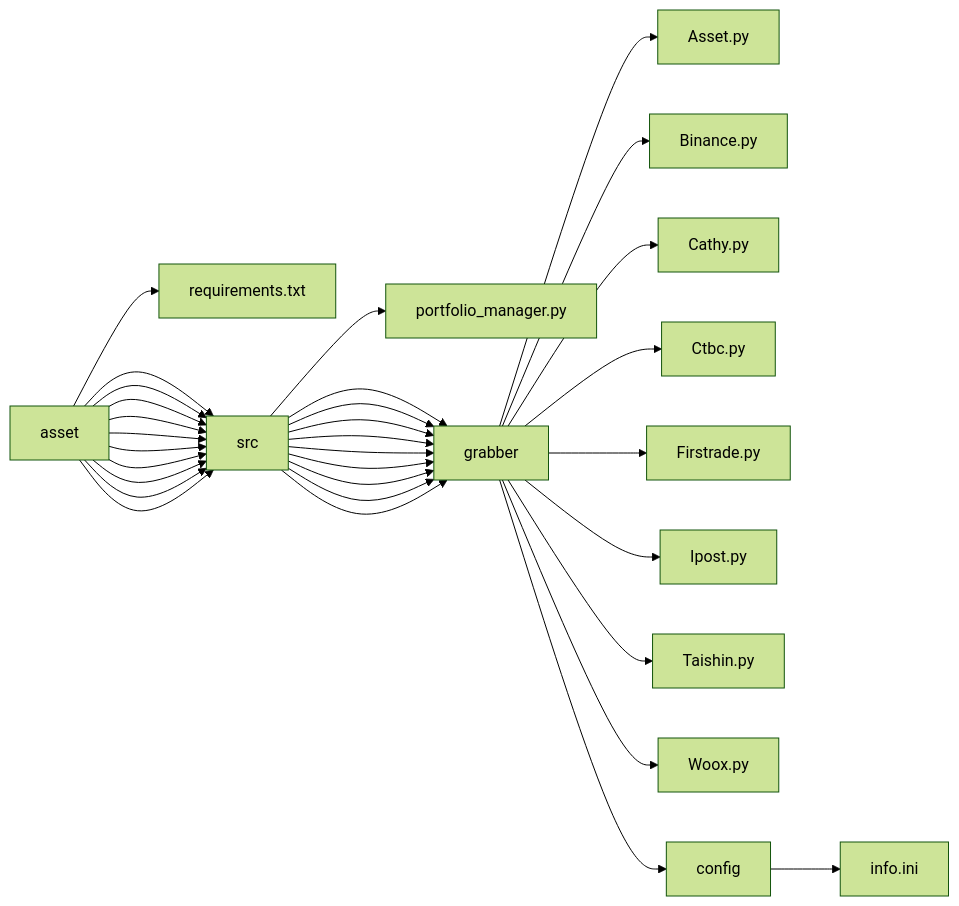
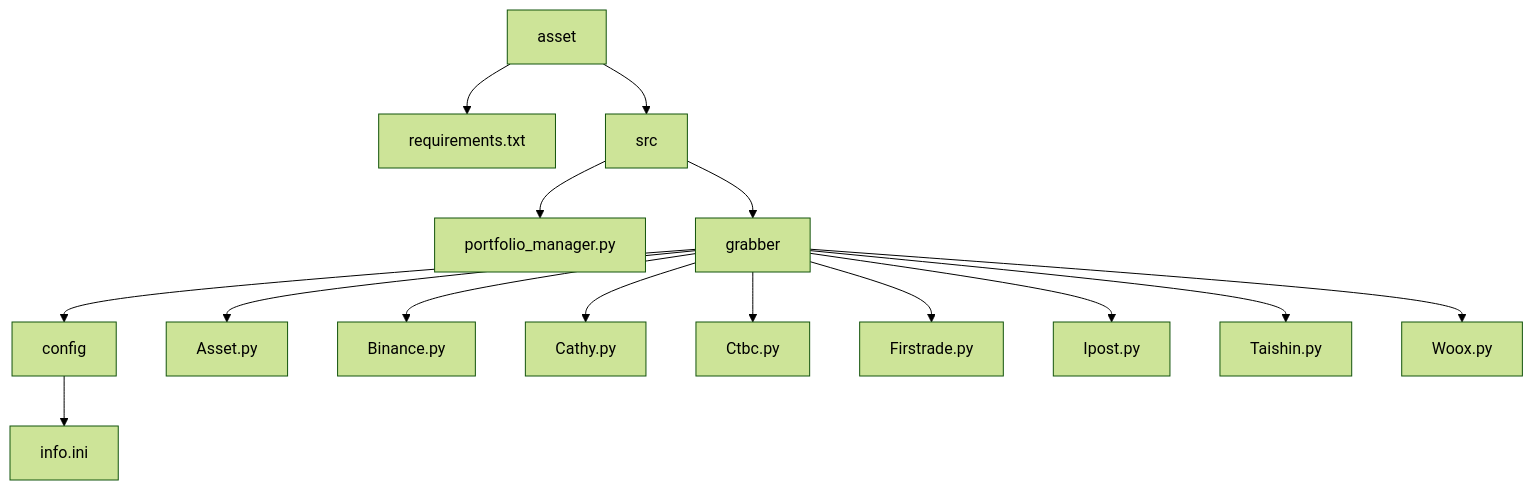
Before and after one commit to iansu-twn/asset: the diagram in README.md, drawn with Mermaid (forest theme). The commit also changed other lines of this file, not shown here.

Commit message:
Update: dir picture

````diff
--- a/README.md
+++ b/README.md
@@ -16,14 +16,18 @@
 ```mermaid
-graph LR;
-  asset--> requirements.txt;
-  asset--> src --> portfolio_manager.py;
-  asset--> src --> grabber --> Asset.py;
-  asset--> src --> grabber --> Binance.py;
-  asset--> src --> grabber --> Cathy.py;
-  asset--> src --> grabber --> Ctbc.py;
-  asset--> src --> grabber --> Firstrade.py;
-  asset--> src --> grabber --> Ipost.py;
-  asset--> src --> grabber --> Taishin.py;
-  asset--> src --> grabber --> Woox.py;
-  asset--> src --> grabber --> config --> info.ini;
+graph TD;
+  asset
+  asset --> requirements.txt
+  asset --> src
+  src --> portfolio_manager.py
+  src --> grabber
+  grabber --> config
+  config --> info.ini
+  grabber --> Asset.py
+  grabber --> Binance.py
+  grabber --> Cathy.py
+  grabber --> Ctbc.py
+  grabber --> Firstrade.py
+  grabber --> Ipost.py
+  grabber --> Taishin.py
+  grabber --> Woox.py
 ```
````
